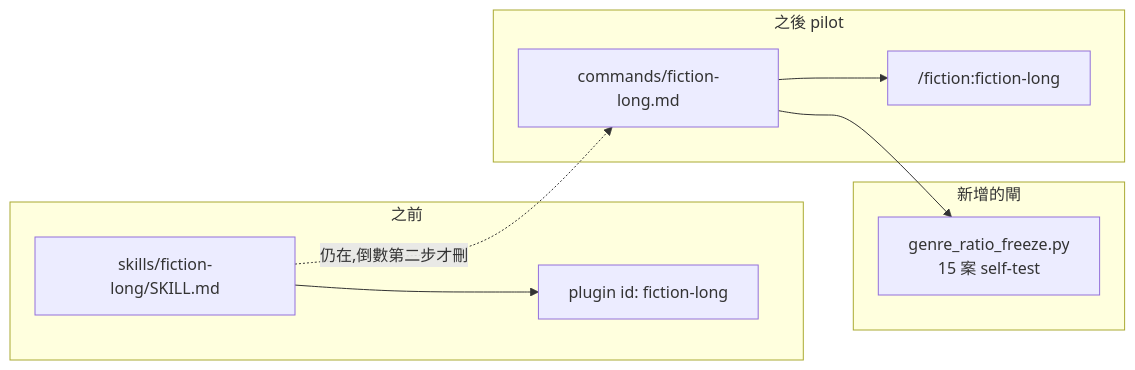
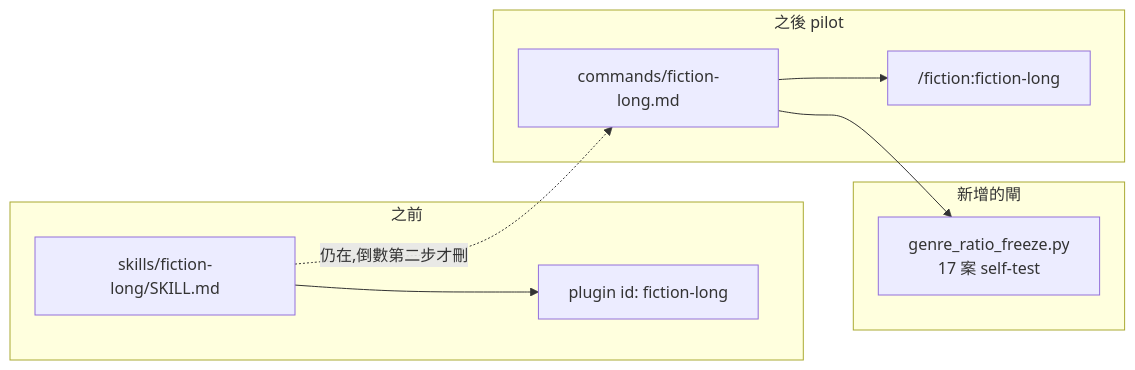
Before and after one commit to kamira/skill-chinese-write: the second of 2 diagrams in docs/writing/changes/CHG-20260814-05.md, drawn with Mermaid. The commit also changed other lines of this file and 1 other file, not shown here.

````diff
--- a/docs/writing/changes/CHG-20260814-05.md
+++ b/docs/writing/changes/CHG-20260814-05.md
@@ -218,14 +246,14 @@
 ```mermaid
 graph LR
   subgraph 之前
     A1["skills/fiction-long/SKILL.md"] --> A2["plugin id: fiction-long"]
   end
   subgraph 之後 pilot
     B1["commands/fiction-long.md"] --> B2["/fiction:fiction-long"]
     A1 -. 仍在,倒數第二步才刪 .-> B1
   end
   subgraph 新增的閘
-    G["genre_ratio_freeze.py<br/>15 案 self-test"]
+    G["genre_ratio_freeze.py<br/>17 案 self-test"]
   end
   B1 --> G
 ```
````
